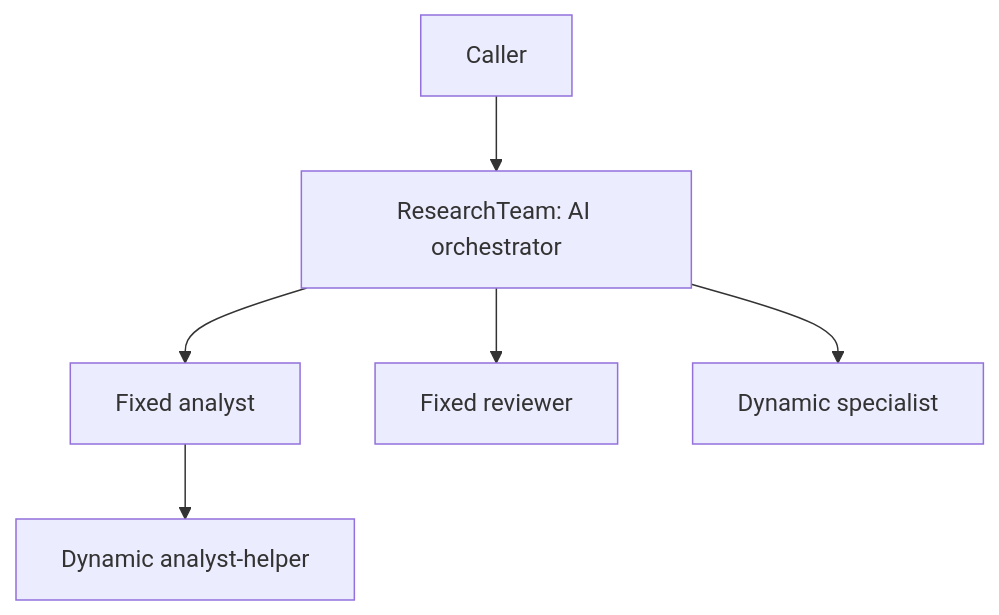
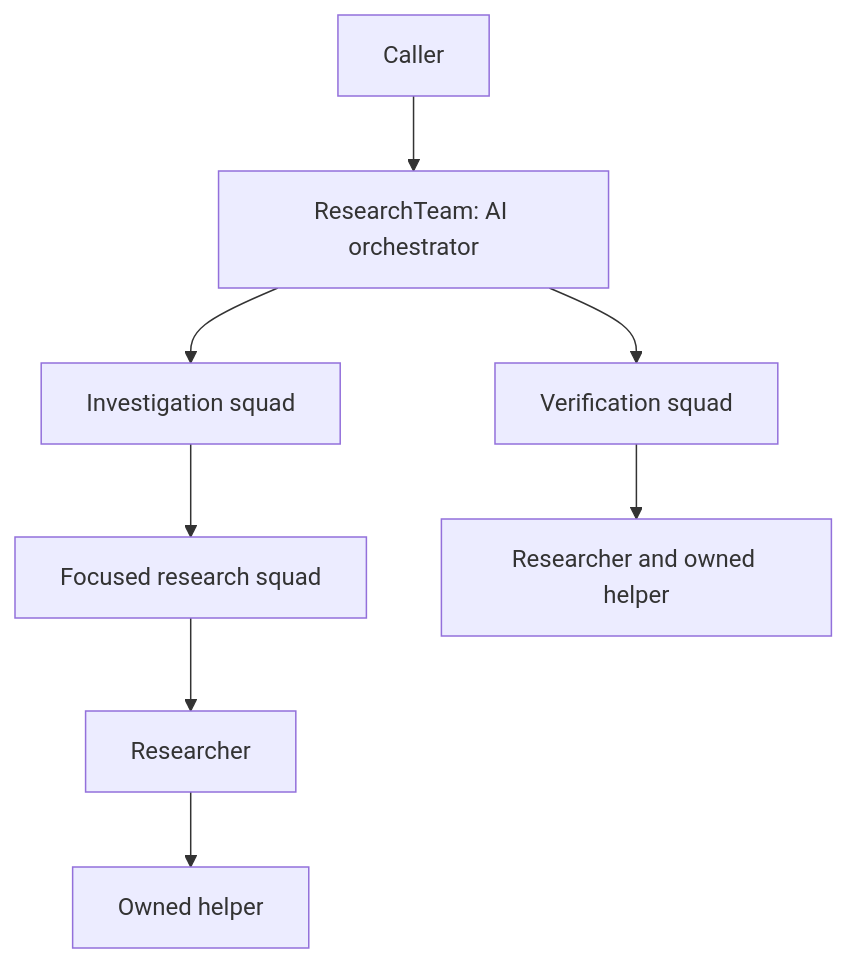
Before and after one commit to barnabasJ/aikido: the diagram in examples/agent_app/AI.md, drawn with Mermaid. The commit also changed other lines of this file and 12 other files, not shown here.

````diff
--- a/examples/agent_app/AI.md
+++ b/examples/agent_app/AI.md
@@ -38,8 +37,10 @@
 ```mermaid
 flowchart TD
   Caller --> Team[ResearchTeam: AI orchestrator]
-  Team --> Analyst[Fixed analyst]
-  Team --> Reviewer[Fixed reviewer]
-  Team --> Specialist[Dynamic specialist]
-  Analyst --> Helper[Dynamic analyst-helper]
+  Team --> Investigation[Investigation squad]
+  Team --> Verification[Verification squad]
+  Investigation --> Focused[Focused research squad]
+  Focused --> Researcher[Researcher]
+  Researcher --> Helper[Owned helper]
+  Verification --> Verifier[Researcher and owned helper]
 ```
````
